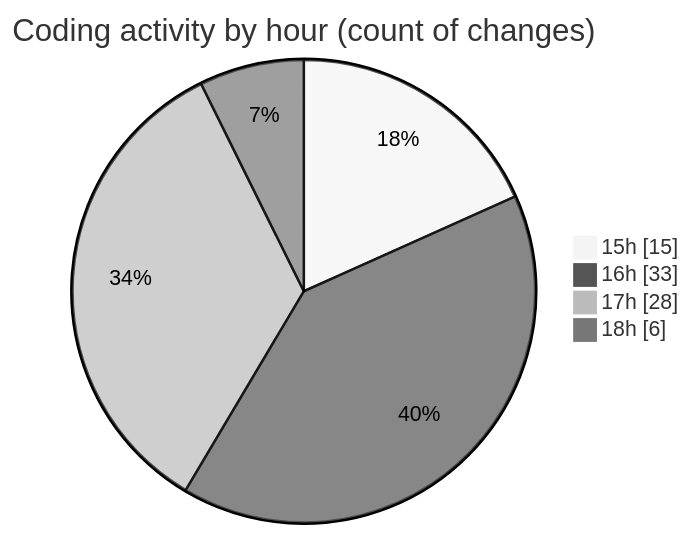
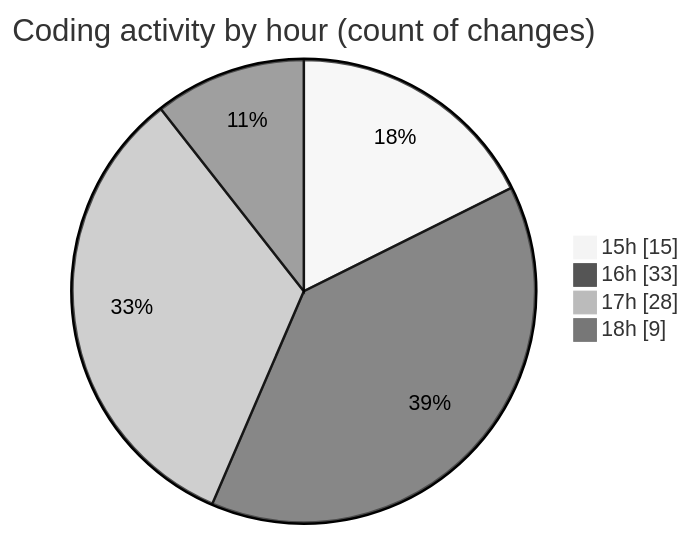
Before and after one commit to donsfak/code-tracking: the second of 2 diagrams in 2025-02-25/trackers_app/README.md, drawn with Mermaid (neutral theme). The commit also changed other lines of this file and 1 other file, not shown here.

````diff
--- a/2025-02-25/trackers_app/README.md
+++ b/2025-02-25/trackers_app/README.md
@@ -39,8 +40,8 @@
 ```mermaid
 pie showData
 title Coding activity by hour (count of changes)
 "15h" : 15
 "16h" : 33
 "17h" : 28
-"18h" : 6
+"18h" : 9
 ```
````
